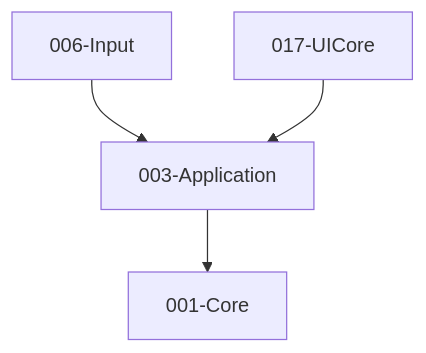
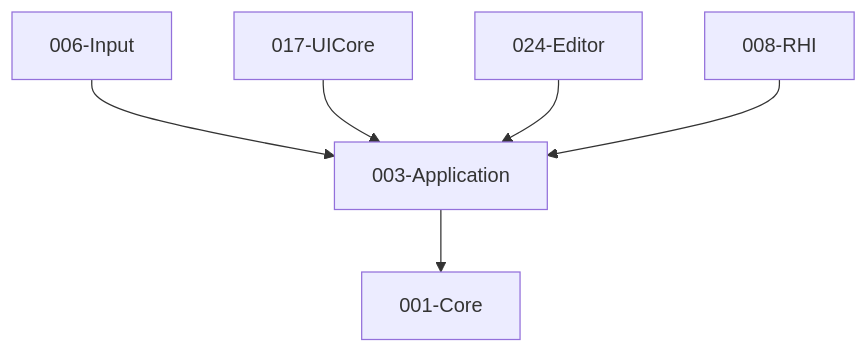
One commit to liangz0707/TenEngine changed the second of 2 diagrams in docs/module-specs/003-application.md. Above: the diagram before and after it, drawn with Mermaid. The commit also changed other lines of this file and 28 other files, not shown here.

````diff
--- a/docs/module-specs/003-application.md
+++ b/docs/module-specs/003-application.md
@@ -66,10 +144,15 @@
 ```mermaid
 flowchart TB
   Core[001-Core]
   App[003-Application]
   Input[006-Input]
   UICore[017-UICore]
+  Editor[024-Editor]
+  RHI[008-RHI]
+  
   App --> Core
   Input --> App
   UICore --> App
+  Editor --> App
+  RHI --> App
 ```
````
